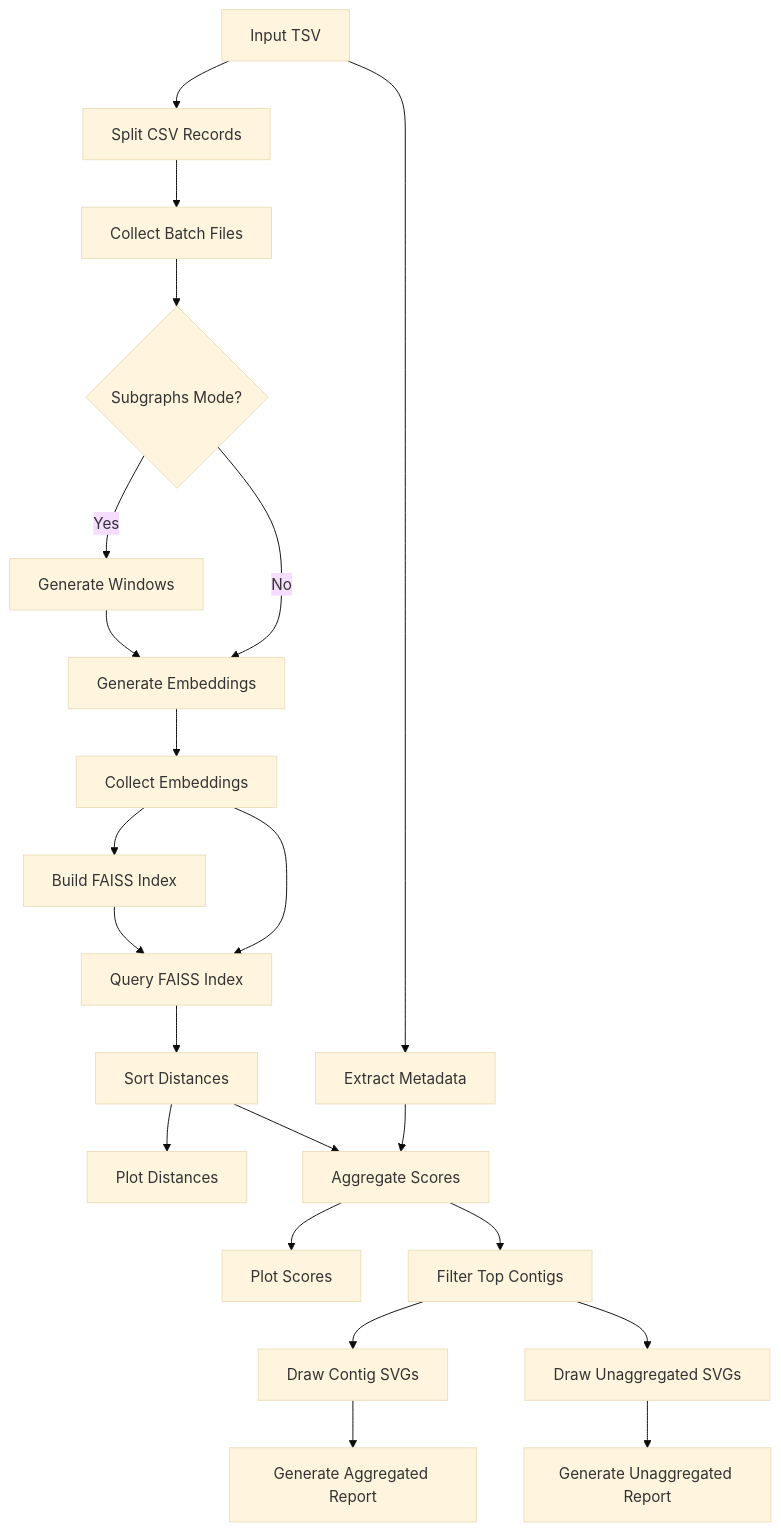
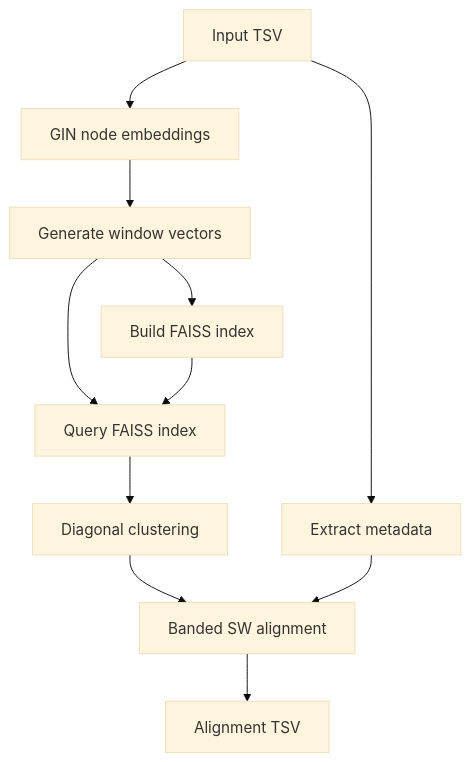
One commit to nicoaira/GINflow changed the diagram in README.md. Above: the diagram before and after it, drawn with Mermaid (base theme). The commit also changed other lines of this file and 27 other files, not shown here.

````diff
--- a/README.md
+++ b/README.md
@@ -28,24 +27,13 @@
 ```mermaid
 graph TD
-    A[Input TSV] --> B[Extract Metadata]
-    A --> C[Split CSV Records]
-    C --> D[Collect Batch Files]
-    D --> E{Subgraphs Mode?}
-    E -->|Yes| F[Generate Windows]
-    E -->|No| G[Generate Embeddings]
-    F --> G
-    G --> H[Collect Embeddings]
-    H --> I[Build FAISS Index]
-    H --> J[Query FAISS Index]
-    I --> J
-    J --> K[Sort Distances]
-    K --> L[Plot Distances]
-    B --> M[Aggregate Scores]
-    K --> M
-    M --> N[Plot Scores]
-    M --> O[Filter Top Contigs]
-    O --> P[Draw Contig SVGs]
-    O --> Q[Draw Unaggregated SVGs]
-    P --> R[Generate Aggregated Report]
-    Q --> S[Generate Unaggregated Report]
+    A[Input TSV] --> B[Extract metadata]
+    A --> C[GIN node embeddings]
+    C --> D[Generate window vectors]
+    D --> E[Build FAISS index]
+    D --> F[Query FAISS index]
+    E --> F
+    F --> G[Diagonal clustering]
+    G --> H[Banded SW alignment]
+    H --> I[Alignment TSV]
+    B --> H
 ```
````
